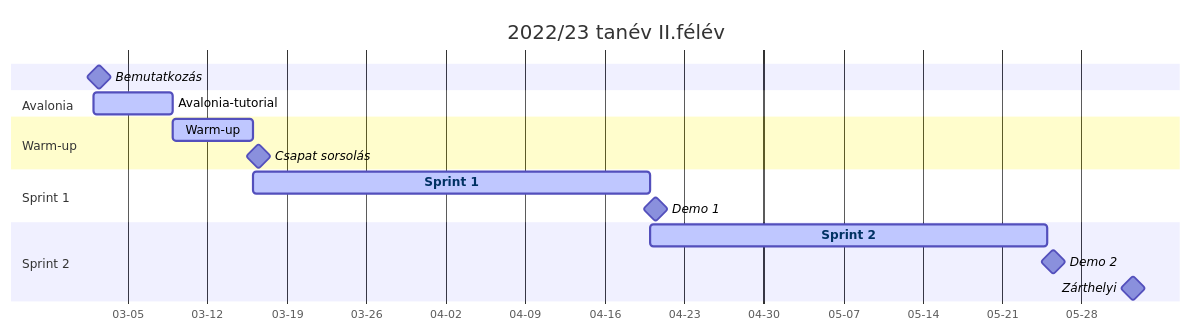
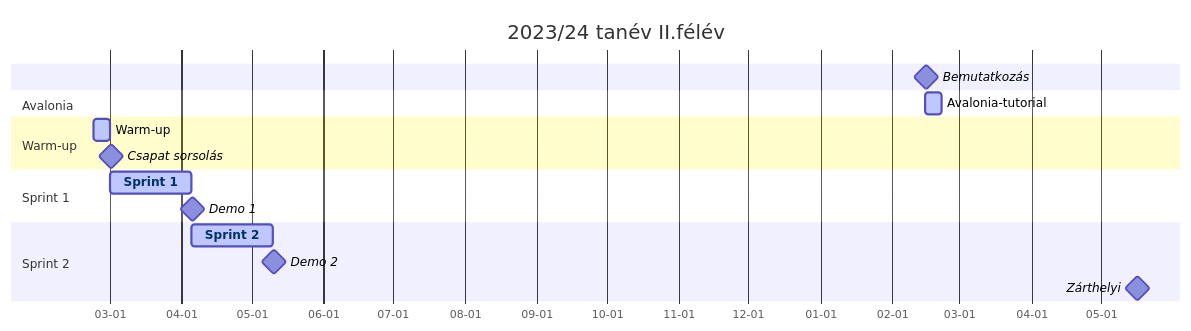
The diagram in src/schedule.md (zsalab-oe/handout-2024-tavasz), drawn with Mermaid before and after one commit. The commit also changed other lines of this file, not shown here.

```diff
--- a/src/schedule.md
+++ b/src/schedule.md
@@ -34,21 +34,21 @@
 <div class="mermaid">
     gantt
     dateFormat  YYYY-MM-DD
     axisFormat  %m-%d
-    title 2022/23 tanév II.félév
-    Bemutatkozás :milestone, 2023-03-02, 1d
+    title 2023/24 tanév II.félév
+    Bemutatkozás :milestone, 2024-02-15, 1d
     section Avalonia
-        Avalonia-tutorial: active, avalonia-tutorial, 2023-03-02, 1w
+        Avalonia-tutorial: active, avalonia-tutorial, 2024-02-15, 1w
     section Warm-up
-        Warm-up :active, warmup, 2023-03-09, 1w
+        Warm-up :active, warmup, 2023-02-22, 1w
     Csapat sorsolás :milestone, after warmup, 1d
     section Sprint 1
         Sprint 1 :active, sprint1, after warmup, 5w
     Demo 1 :milestone, after sprint1, 1d
     section Sprint 2
         Sprint 2 :active, sprint2, after sprint1, 5w
     Demo 2 :milestone, after sprint2, 1d
-    Zárthelyi :milestone, 2023-06-01, 1d
+    Zárthelyi :milestone, 2024-05-16, 1d
     click sprint1 href "./sprint_1.html"
     click sprint2 href "./sprint_2.html"
 </div>
```
